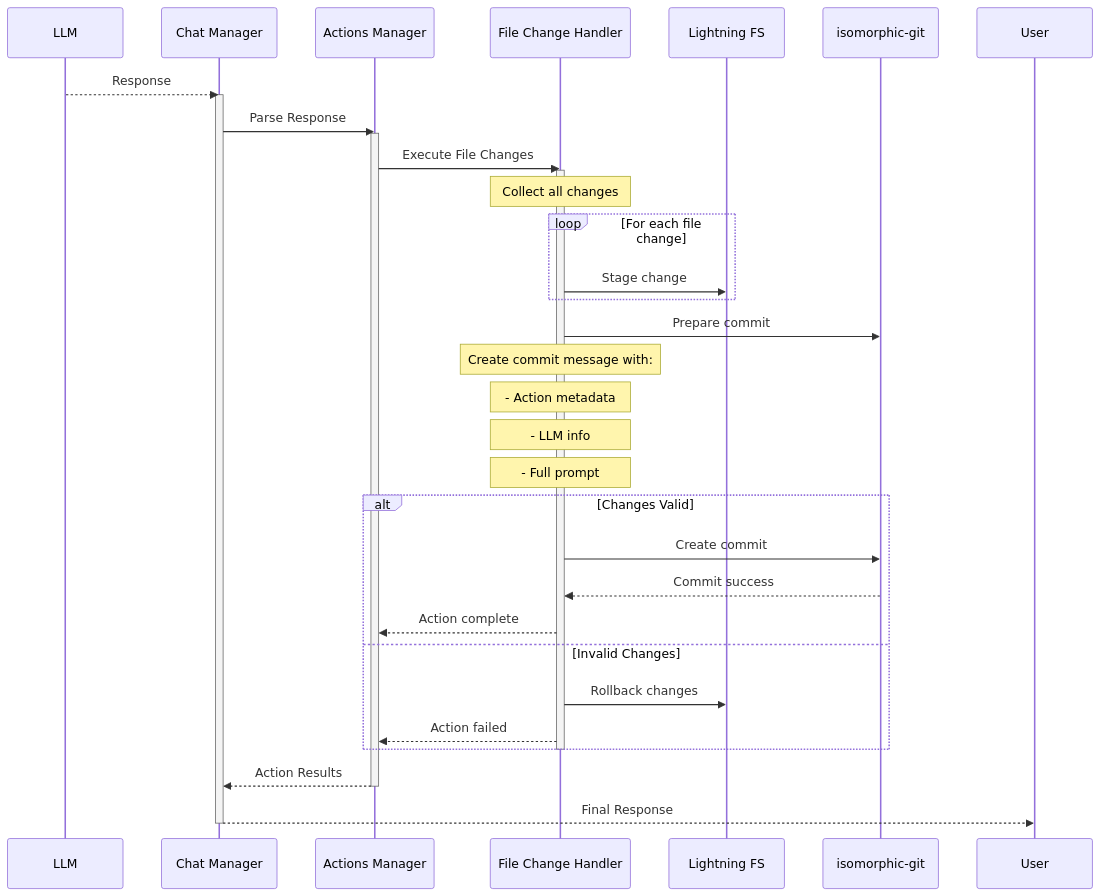
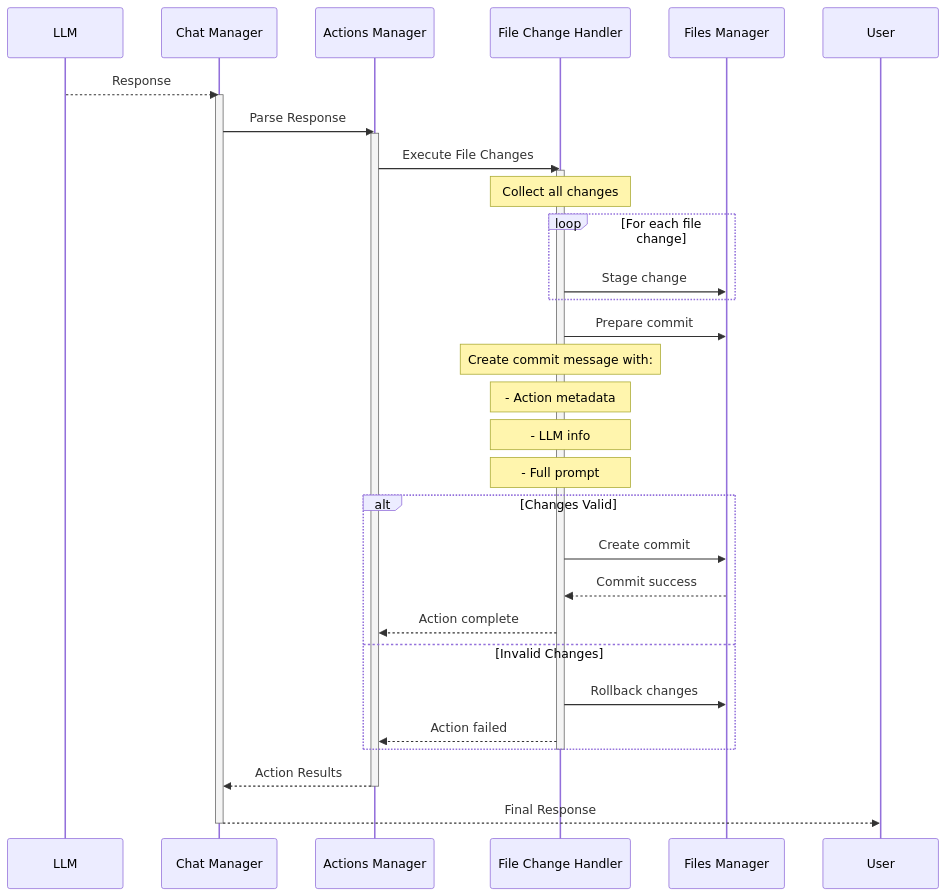
The seventh of 16 diagrams in architecture.md (mrsimpson/piddie), drawn with Mermaid before and after one commit. The commit also changed other lines of this file, not shown here.

````diff
--- a/architecture.md
+++ b/architecture.md
@@ -518,44 +502,43 @@
 ```mermaid
 sequenceDiagram
     participant LLM as LLM
     participant CHM as Chat Manager
     participant AM as Actions Manager
     participant FCH as File Change Handler
-    participant LFS as Lightning FS
-    participant IG as isomorphic-git
+    participant FM as Files Manager
     
     LLM-->>CHM: Response
     activate CHM
     CHM->>AM: Parse Response
     
     activate AM
     AM->>FCH: Execute File Changes
     
     activate FCH
     Note over FCH: Collect all changes
     
     loop For each file change
-        FCH->>LFS: Stage change
+        FCH->>FM: Stage change
     end
     
-    FCH->>IG: Prepare commit
+    FCH->>FM: Prepare commit
     Note over FCH: Create commit message with:
     Note over FCH: - Action metadata
     Note over FCH: - LLM info
     Note over FCH: - Full prompt
     
     alt Changes Valid
-        FCH->>IG: Create commit
-        IG-->>FCH: Commit success
+        FCH->>FM: Create commit
+        FM-->>FCH: Commit success
         FCH-->>AM: Action complete
     else Invalid Changes
-        FCH->>LFS: Rollback changes
+        FCH->>FM: Rollback changes
         FCH-->>AM: Action failed
     end
     deactivate FCH
     
     AM-->>CHM: Action Results
     deactivate AM
     CHM-->>User: Final Response
     deactivate CHM
 ```
````
